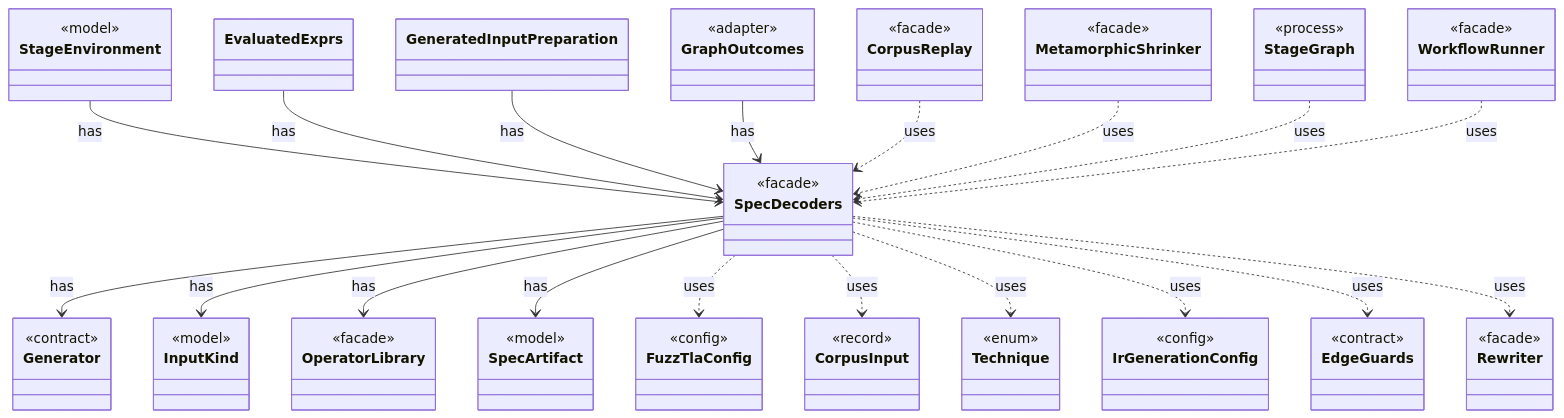
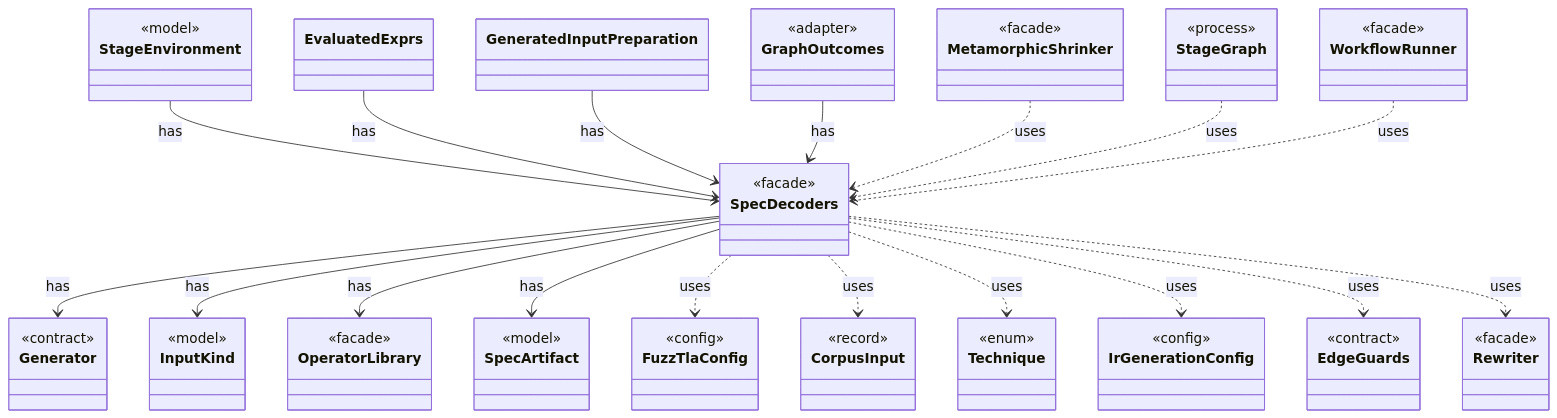
The diagram in dev/types/io.github.tlaplus.hardening.workflow.spec.SpecDecoders.md (tlaplus/model-checker-hardening), drawn with Mermaid before and after one commit. The commit also changed other lines of this file and 408 other files, not shown here.

````diff
--- a/dev/types/io.github.tlaplus.hardening.workflow.spec.SpecDecoders.md
+++ b/dev/types/io.github.tlaplus.hardening.workflow.spec.SpecDecoders.md
@@ -7,74 +7,70 @@
 ```mermaid
 classDiagram
   class SpecDecoders {
     <<facade>>
   }
   class Generator {
     <<contract>>
   }
   class InputKind {
     <<model>>
   }
   class OperatorLibrary {
     <<facade>>
   }
   class SpecArtifact {
     <<model>>
   }
   class StageEnvironment {
     <<model>>
   }
   class EvaluatedExprs
   class GeneratedInputPreparation
   class GraphOutcomes {
     <<adapter>>
   }
   class FuzzTlaConfig {
     <<config>>
   }
   class CorpusInput {
     <<record>>
   }
   class Technique {
     <<enum>>
   }
   class IrGenerationConfig {
     <<config>>
   }
   class EdgeGuards {
     <<contract>>
   }
   class Rewriter {
     <<facade>>
   }
-  class CorpusReplay {
-    <<facade>>
-  }
   class MetamorphicShrinker {
     <<facade>>
   }
   class StageGraph {
     <<process>>
   }
   class WorkflowRunner {
     <<facade>>
   }
   SpecDecoders --> Generator : has
   SpecDecoders --> InputKind : has
   SpecDecoders --> OperatorLibrary : has
   SpecDecoders --> SpecArtifact : has
   StageEnvironment --> SpecDecoders : has
   EvaluatedExprs --> SpecDecoders : has
   GeneratedInputPreparation --> SpecDecoders : has
   GraphOutcomes --> SpecDecoders : has
   SpecDecoders ..> FuzzTlaConfig : uses
   SpecDecoders ..> CorpusInput : uses
   SpecDecoders ..> Technique : uses
   SpecDecoders ..> IrGenerationConfig : uses
   SpecDecoders ..> EdgeGuards : uses
   SpecDecoders ..> Rewriter : uses
-  CorpusReplay ..> SpecDecoders : uses
   MetamorphicShrinker ..> SpecDecoders : uses
   StageGraph ..> SpecDecoders : uses
   WorkflowRunner ..> SpecDecoders : uses
 ```
````
